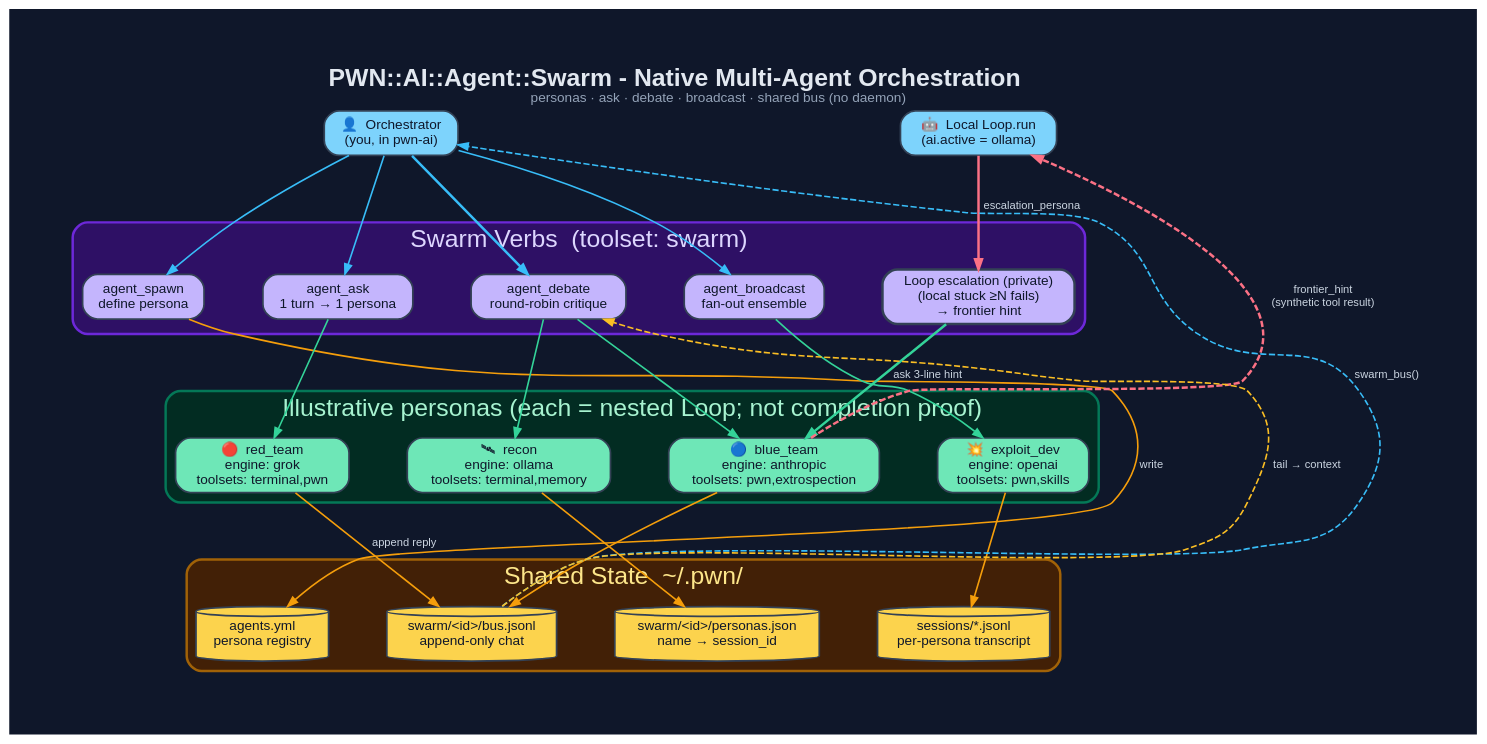
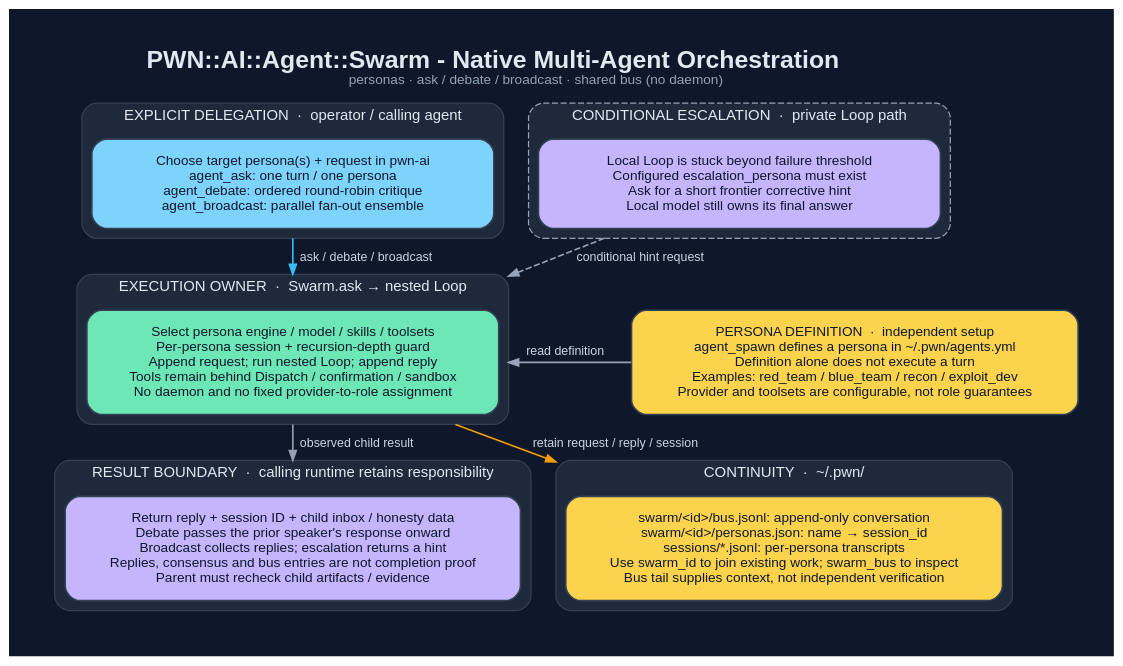
Before and after one commit to 0dayInc/pwn: the diagram in documentation/diagrams/dot/swarm-multi-agent.dot, drawn with Graphviz. The commit also changed 12 other files, not shown here.

```diff
--- a/documentation/diagrams/dot/swarm-multi-agent.dot
+++ b/documentation/diagrams/dot/swarm-multi-agent.dot
@@ -1,76 +1,51 @@
 digraph "PWN_Swarm" {
   graph [
-    label=<<B>PWN::AI::Agent::Swarm - Native Multi-Agent Orchestration</B><BR/><FONT POINT-SIZE="11" COLOR="#94a3b8">personas · ask · debate · broadcast · shared bus (no daemon)</FONT>>,
+    label=<<B>PWN::AI::Agent::Swarm - Native Multi-Agent Orchestration</B><BR/><FONT POINT-SIZE="11" COLOR="#94a3b8">personas · ask / debate / broadcast · shared bus (no daemon)</FONT>>,
     labelloc=t, fontsize=20, fontname="Helvetica",
-    rankdir=TB, splines=spline, nodesep=0.65, ranksep=1.0,
-    bgcolor="#0f172a", fontcolor="#e2e8f0", pad=0.6, newrank=true, compound=true
+    rankdir=TB, splines=polyline, nodesep=0.5, ranksep=0.5,
+    bgcolor="#0f172a", fontcolor="#e2e8f0", pad=0.4, newrank=true, compound=true
   ];
   node [fontname="Helvetica", fontsize=11, style="filled,rounded",
-        shape=box, penwidth=1.4, color="#334155", fontcolor="#0f172a"];
-  edge [fontname="Helvetica", fontsize=9, color="#94a3b8",
+        shape=box, penwidth=1.3, color="#334155", fontcolor="#0f172a",
+        fillcolor="#c4b5fd", margin="0.22,0.16", width=4.5];
+  edge [fontname="Helvetica", fontsize=10, color="#94a3b8",
         fontcolor="#cbd5e1", penwidth=1.3, arrowsize=0.8];
 
-  /* L0 ─ orchestrator */
-  Orchestrator [label="👤  Orchestrator\n(you, in pwn-ai)", fillcolor="#7dd3fc"];
-  LocalLoop    [label="🤖  Local Loop.run\n(ai.active = ollama)", fillcolor="#7dd3fc"];
-  {rank=same; Orchestrator; LocalLoop}
+  subgraph cluster_explicit {
+    label="EXPLICIT DELEGATION  ·  operator / calling agent"; fontsize=12;
+    style="rounded,filled"; color="#334155"; fillcolor="#1e293b";
+    Entry [fillcolor="#7dd3fc", label="Choose target persona(s) + request in pwn-ai\nagent_ask: one turn / one persona\nagent_debate: ordered round-robin critique\nagent_broadcast: parallel fan-out ensemble"];
+  }
+  subgraph cluster_escalation {
+    label="CONDITIONAL ESCALATION  ·  private Loop path"; fontsize=12;
+    style="rounded,dashed,filled"; color="#94a3b8"; fillcolor="#1e293b";
+    Escalate [label="Local Loop is stuck beyond failure threshold\nConfigured escalation_persona must exist\nAsk for a short frontier corrective hint\nLocal model still owns its final answer"];
+  }
+  {rank=same; Entry; Escalate}
 
-  /* L1 ─ swarm verbs */
-  subgraph cluster_verbs {
-    label="Swarm Verbs  (toolset: swarm)"; fontcolor="#ddd6fe";
-    style=rounded; color="#6d28d9"; bgcolor="#2e1065"; penwidth=2;
-    Spawn     [label="agent_spawn\ndefine persona",          fillcolor="#c4b5fd"];
-    Ask       [label="agent_ask\n1 turn → 1 persona",         fillcolor="#c4b5fd"];
-    Debate    [label="agent_debate\nround-robin critique",    fillcolor="#c4b5fd"];
-    Broadcast [label="agent_broadcast\nfan-out ensemble",     fillcolor="#c4b5fd"];
-    Escalate  [label="Loop escalation (private)\n(local stuck ≥N fails)\n→ frontier hint", fillcolor="#c4b5fd", penwidth=2];
+  subgraph cluster_runtime {
+    label="EXECUTION OWNER  ·  Swarm.ask → nested Loop"; fontsize=12;
+    style="rounded,filled"; color="#334155"; fillcolor="#1e293b";
+    Run [fillcolor="#6ee7b7", label="Select persona engine / model / skills / toolsets\nPer-persona session + recursion-depth guard\nAppend request; run nested Loop; append reply\nTools remain behind Dispatch / confirmation / sandbox\nNo daemon and no fixed provider-to-role assignment"];
   }
-  {rank=same; Spawn; Ask; Debate; Broadcast; Escalate}
+  Config [fillcolor="#fcd34d", label="PERSONA DEFINITION  ·  independent setup\nagent_spawn defines a persona in ~/.pwn/agents.yml\nDefinition alone does not execute a turn\nExamples: red_team / blue_team / recon / exploit_dev\nProvider and toolsets are configurable, not role guarantees"];
+  {rank=same; Run; Config}
 
-  /* L2 ─ personas */
-  subgraph cluster_personas {
-    label="Illustrative personas (each = nested Loop; not completion proof)"; fontcolor="#a7f3d0";
-    style=rounded; color="#047857"; bgcolor="#022c22"; penwidth=2;
-    Red   [label="🔴  red_team\nengine: grok\ntoolsets: terminal,pwn",     fillcolor="#6ee7b7"];
-    Blue  [label="🔵  blue_team\nengine: anthropic\ntoolsets: pwn,extrospection",  fillcolor="#6ee7b7"];
-    Recon [label="🛰  recon\nengine: ollama\ntoolsets: terminal,memory",  fillcolor="#6ee7b7"];
-    Xpl   [label="💥  exploit_dev\nengine: openai\ntoolsets: pwn,skills",  fillcolor="#6ee7b7"];
+  subgraph cluster_handoff {
+    label="RESULT BOUNDARY  ·  calling runtime retains responsibility"; fontsize=12;
+    style="rounded,filled"; color="#334155"; fillcolor="#1e293b";
+    Result [label="Return reply + session ID + child inbox / honesty data\nDebate passes the prior speaker's response onward\nBroadcast collects replies; escalation returns a hint\nReplies, consensus and bus entries are not completion proof\nParent must recheck child artifacts / evidence"];
   }
-  {rank=same; Red; Blue; Recon; Xpl}
+  subgraph cluster_state {
+    label="CONTINUITY  ·  ~/.pwn/"; fontsize=12;
+    style="rounded,filled"; color="#334155"; fillcolor="#1e293b";
+    State [fillcolor="#fcd34d", label="swarm/<id>/bus.jsonl: append-only conversation\nswarm/<id>/personas.json: name → session_id\nsessions/*.jsonl: per-persona transcripts\nUse swarm_id to join existing work; swarm_bus to inspect\nBus tail supplies context, not independent verification"];
+  }
+  {rank=same; Result; State}
 
-  /* L3 ─ shared state */
-  subgraph cluster_state {
-    label="Shared State  ~/.pwn/"; fontcolor="#fde68a";
-    style=rounded; color="#a16207"; bgcolor="#422006"; penwidth=2;
-    Agents [label="agents.yml\npersona registry",         shape=cylinder, fillcolor="#fcd34d"];
-    Bus    [label="swarm/<id>/bus.jsonl\nappend-only chat", shape=cylinder, fillcolor="#fcd34d"];
-    Pmap   [label="swarm/<id>/personas.json\nname → session_id", shape=cylinder, fillcolor="#fcd34d"];
-    Sess   [label="sessions/*.jsonl\nper-persona transcript",     shape=cylinder, fillcolor="#fcd34d"];
-  }
-  {rank=same; Agents; Bus; Pmap; Sess}
-
-  /* edges */
-  Orchestrator -> Spawn     [color="#38bdf8"];
-  Orchestrator -> Ask       [color="#38bdf8"];
-  Orchestrator -> Debate    [color="#38bdf8", penwidth=2];
-  Orchestrator -> Broadcast [color="#38bdf8"];
-  LocalLoop    -> Escalate  [label="escalation_persona", color="#fb7185", penwidth=2];
-
-  Spawn     -> Red   [style=invis];
-  Ask       -> Red   [color="#34d399"];
-  Debate    -> Blue  [color="#34d399"];
-  Debate    -> Recon [color="#34d399"];
-  Broadcast -> Xpl   [color="#34d399"];
-  Escalate  -> Blue  [label="ask 3-line hint", color="#34d399", penwidth=2];
-
-  Red   -> Agents [style=invis];
-  Red   -> Bus  [label="append reply", color="#f59e0b"];
-  Blue  -> Bus  [color="#f59e0b"];
-  Recon -> Pmap [color="#f59e0b"];
-  Xpl   -> Sess [color="#f59e0b"];
-
-  Spawn -> Agents [label="write", color="#f59e0b", constraint=false];
-  Bus   -> Debate [label="tail → context", style=dashed, color="#fbbf24", constraint=false];
-  Bus   -> Orchestrator [label="swarm_bus()", style=dashed, color="#38bdf8", constraint=false];
-  Blue  -> LocalLoop [label="frontier_hint\n(synthetic tool result)", style=dashed, color="#fb7185", constraint=false, penwidth=2];
+  Entry -> Run [ltail=cluster_explicit, lhead=cluster_runtime, label="ask / debate / broadcast", color="#38bdf8", weight=10];
+  Escalate -> Run [ltail=cluster_escalation, lhead=cluster_runtime, label="conditional hint request", style=dashed];
+  Config -> Run [lhead=cluster_runtime, label="read definition", constraint=false];
+  Run -> Result [ltail=cluster_runtime, lhead=cluster_handoff, label="observed child result", weight=10];
+  Run -> State [ltail=cluster_runtime, lhead=cluster_state, label="retain request / reply / session", color="#f59e0b"];
 }
```
